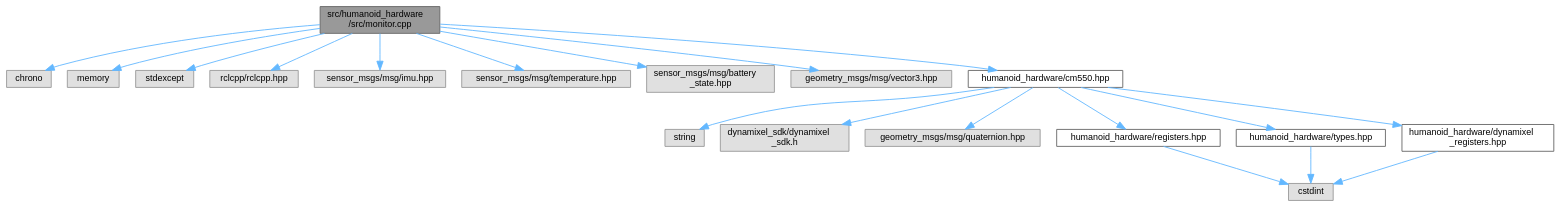
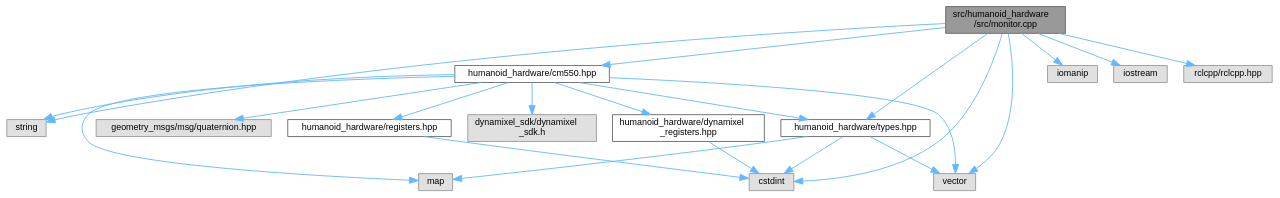
Before and after one commit to Sensor-Fusion-and-Advanced-Control/.github: the diagram in humanoid/api/cpp_generated/monitor_8cpp__incl.dot, drawn with Graphviz. The commit also changed 229 other files, not shown here.

Commit message:
Deploy humanoid docs from Sensor-Fusion-and-Advanced-Control/Humanoid@9a14719cebe16e67427987f124ab085f0f694d67

```diff
--- a/humanoid/api/cpp_generated/monitor_8cpp__incl.dot
+++ b/humanoid/api/cpp_generated/monitor_8cpp__incl.dot
@@ -1,42 +1,42 @@
 digraph "src/humanoid_hardware/src/monitor.cpp"
 {
  // LATEX_PDF_SIZE
   bgcolor="transparent";
   edge [fontname=Helvetica,fontsize=10,labelfontname=Helvetica,labelfontsize=10];
   node [fontname=Helvetica,fontsize=10,shape=box,height=0.2,width=0.4];
   Node1 [id="Node000001",label="src/humanoid_hardware\l/src/monitor.cpp",height=0.2,width=0.4,color="gray40", fillcolor="grey60", style="filled", fontcolor="black",tooltip=" "];
   Node1 -> Node2 [id="edge1_Node000001_Node000002",color="steelblue1",style="solid",tooltip=" "];
-  Node2 [id="Node000002",label="chrono",height=0.2,width=0.4,color="grey60", fillcolor="#E0E0E0", style="filled",tooltip=" "];
+  Node2 [id="Node000002",label="cstdint",height=0.2,width=0.4,color="grey60", fillcolor="#E0E0E0", style="filled",tooltip=" "];
   Node1 -> Node3 [id="edge2_Node000001_Node000003",color="steelblue1",style="solid",tooltip=" "];
-  Node3 [id="Node000003",label="memory",height=0.2,width=0.4,color="grey60", fillcolor="#E0E0E0", style="filled",tooltip=" "];
+  Node3 [id="Node000003",label="iomanip",height=0.2,width=0.4,color="grey60", fillcolor="#E0E0E0", style="filled",tooltip=" "];
   Node1 -> Node4 [id="edge3_Node000001_Node000004",color="steelblue1",style="solid",tooltip=" "];
-  Node4 [id="Node000004",label="stdexcept",height=0.2,width=0.4,color="grey60", fillcolor="#E0E0E0", style="filled",tooltip=" "];
+  Node4 [id="Node000004",label="iostream",height=0.2,width=0.4,color="grey60", fillcolor="#E0E0E0", style="filled",tooltip=" "];
   Node1 -> Node5 [id="edge4_Node000001_Node000005",color="steelblue1",style="solid",tooltip=" "];
-  Node5 [id="Node000005",label="rclcpp/rclcpp.hpp",height=0.2,width=0.4,color="grey60", fillcolor="#E0E0E0", style="filled",tooltip=" "];
+  Node5 [id="Node000005",label="string",height=0.2,width=0.4,color="grey60", fillcolor="#E0E0E0", style="filled",tooltip=" "];
   Node1 -> Node6 [id="edge5_Node000001_Node000006",color="steelblue1",style="solid",tooltip=" "];
-  Node6 [id="Node000006",label="sensor_msgs/msg/imu.hpp",height=0.2,width=0.4,color="grey60", fillcolor="#E0E0E0", style="filled",tooltip=" "];
+  Node6 [id="Node000006",label="vector",height=0.2,width=0.4,color="grey60", fillcolor="#E0E0E0", style="filled",tooltip=" "];
   Node1 -> Node7 [id="edge6_Node000001_Node000007",color="steelblue1",style="solid",tooltip=" "];
-  Node7 [id="Node000007",label="sensor_msgs/msg/temperature.hpp",height=0.2,width=0.4,color="grey60", fillcolor="#E0E0E0", style="filled",tooltip=" "];
+  Node7 [id="Node000007",label="rclcpp/rclcpp.hpp",height=0.2,width=0.4,color="grey60", fillcolor="#E0E0E0", style="filled",tooltip=" "];
   Node1 -> Node8 [id="edge7_Node000001_Node000008",color="steelblue1",style="solid",tooltip=" "];
-  Node8 [id="Node000008",label="sensor_msgs/msg/battery\l_state.hpp",height=0.2,width=0.4,color="grey60", fillcolor="#E0E0E0", style="filled",tooltip=" "];
-  Node1 -> Node9 [id="edge8_Node000001_Node000009",color="steelblue1",style="solid",tooltip=" "];
-  Node9 [id="Node000009",label="geometry_msgs/msg/vector3.hpp",height=0.2,width=0.4,color="grey60", fillcolor="#E0E0E0", style="filled",tooltip=" "];
-  Node1 -> Node10 [id="edge9_Node000001_Node000010",color="steelblue1",style="solid",tooltip=" "];
-  Node10 [id="Node000010",label="humanoid_hardware/cm550.hpp",height=0.2,width=0.4,color="grey40", fillcolor="white", style="filled",URL="$cm550_8hpp.html",tooltip=" "];
-  Node10 -> Node11 [id="edge10_Node000010_Node000011",color="steelblue1",style="solid",tooltip=" "];
-  Node11 [id="Node000011",label="string",height=0.2,width=0.4,color="grey60", fillcolor="#E0E0E0", style="filled",tooltip=" "];
-  Node10 -> Node12 [id="edge11_Node000010_Node000012",color="steelblue1",style="solid",tooltip=" "];
-  Node12 [id="Node000012",label="dynamixel_sdk/dynamixel\l_sdk.h",height=0.2,width=0.4,color="grey60", fillcolor="#E0E0E0", style="filled",tooltip=" "];
-  Node10 -> Node13 [id="edge12_Node000010_Node000013",color="steelblue1",style="solid",tooltip=" "];
-  Node13 [id="Node000013",label="geometry_msgs/msg/quaternion.hpp",height=0.2,width=0.4,color="grey60", fillcolor="#E0E0E0", style="filled",tooltip=" "];
-  Node10 -> Node14 [id="edge13_Node000010_Node000014",color="steelblue1",style="solid",tooltip=" "];
-  Node14 [id="Node000014",label="humanoid_hardware/registers.hpp",height=0.2,width=0.4,color="grey40", fillcolor="white", style="filled",URL="$registers_8hpp.html",tooltip=" "];
-  Node14 -> Node15 [id="edge14_Node000014_Node000015",color="steelblue1",style="solid",tooltip=" "];
-  Node15 [id="Node000015",label="cstdint",height=0.2,width=0.4,color="grey60", fillcolor="#E0E0E0", style="filled",tooltip=" "];
-  Node10 -> Node16 [id="edge15_Node000010_Node000016",color="steelblue1",style="solid",tooltip=" "];
-  Node16 [id="Node000016",label="humanoid_hardware/types.hpp",height=0.2,width=0.4,color="grey40", fillcolor="white", style="filled",URL="$types_8hpp.html",tooltip=" "];
-  Node16 -> Node15 [id="edge16_Node000016_Node000015",color="steelblue1",style="solid",tooltip=" "];
-  Node10 -> Node17 [id="edge17_Node000010_Node000017",color="steelblue1",style="solid",tooltip=" "];
-  Node17 [id="Node000017",label="humanoid_hardware/dynamixel\l_registers.hpp",height=0.2,width=0.4,color="grey40", fillcolor="white", style="filled",URL="$dynamixel__registers_8hpp.html",tooltip=" "];
-  Node17 -> Node15 [id="edge18_Node000017_Node000015",color="steelblue1",style="solid",tooltip=" "];
+  Node8 [id="Node000008",label="humanoid_hardware/cm550.hpp",height=0.2,width=0.4,color="grey40", fillcolor="white", style="filled",URL="$cm550_8hpp.html",tooltip=" "];
+  Node8 -> Node9 [id="edge8_Node000008_Node000009",color="steelblue1",style="solid",tooltip=" "];
+  Node9 [id="Node000009",label="map",height=0.2,width=0.4,color="grey60", fillcolor="#E0E0E0", style="filled",tooltip=" "];
+  Node8 -> Node5 [id="edge9_Node000008_Node000005",color="steelblue1",style="solid",tooltip=" "];
+  Node8 -> Node6 [id="edge10_Node000008_Node000006",color="steelblue1",style="solid",tooltip=" "];
+  Node8 -> Node10 [id="edge11_Node000008_Node000010",color="steelblue1",style="solid",tooltip=" "];
+  Node10 [id="Node000010",label="dynamixel_sdk/dynamixel\l_sdk.h",height=0.2,width=0.4,color="grey60", fillcolor="#E0E0E0", style="filled",tooltip=" "];
+  Node8 -> Node11 [id="edge12_Node000008_Node000011",color="steelblue1",style="solid",tooltip=" "];
+  Node11 [id="Node000011",label="geometry_msgs/msg/quaternion.hpp",height=0.2,width=0.4,color="grey60", fillcolor="#E0E0E0", style="filled",tooltip=" "];
+  Node8 -> Node12 [id="edge13_Node000008_Node000012",color="steelblue1",style="solid",tooltip=" "];
+  Node12 [id="Node000012",label="humanoid_hardware/registers.hpp",height=0.2,width=0.4,color="grey40", fillcolor="white", style="filled",URL="$registers_8hpp.html",tooltip=" "];
+  Node12 -> Node2 [id="edge14_Node000012_Node000002",color="steelblue1",style="solid",tooltip=" "];
+  Node8 -> Node13 [id="edge15_Node000008_Node000013",color="steelblue1",style="solid",tooltip=" "];
+  Node13 [id="Node000013",label="humanoid_hardware/types.hpp",height=0.2,width=0.4,color="grey40", fillcolor="white", style="filled",URL="$types_8hpp.html",tooltip=" "];
+  Node13 -> Node2 [id="edge16_Node000013_Node000002",color="steelblue1",style="solid",tooltip=" "];
+  Node13 -> Node9 [id="edge17_Node000013_Node000009",color="steelblue1",style="solid",tooltip=" "];
+  Node13 -> Node6 [id="edge18_Node000013_Node000006",color="steelblue1",style="solid",tooltip=" "];
+  Node8 -> Node14 [id="edge19_Node000008_Node000014",color="steelblue1",style="solid",tooltip=" "];
+  Node14 [id="Node000014",label="humanoid_hardware/dynamixel\l_registers.hpp",height=0.2,width=0.4,color="grey40", fillcolor="white", style="filled",URL="$dynamixel__registers_8hpp.html",tooltip=" "];
+  Node14 -> Node2 [id="edge20_Node000014_Node000002",color="steelblue1",style="solid",tooltip=" "];
+  Node1 -> Node13 [id="edge21_Node000001_Node000013",color="steelblue1",style="solid",tooltip=" "];
 }
```
